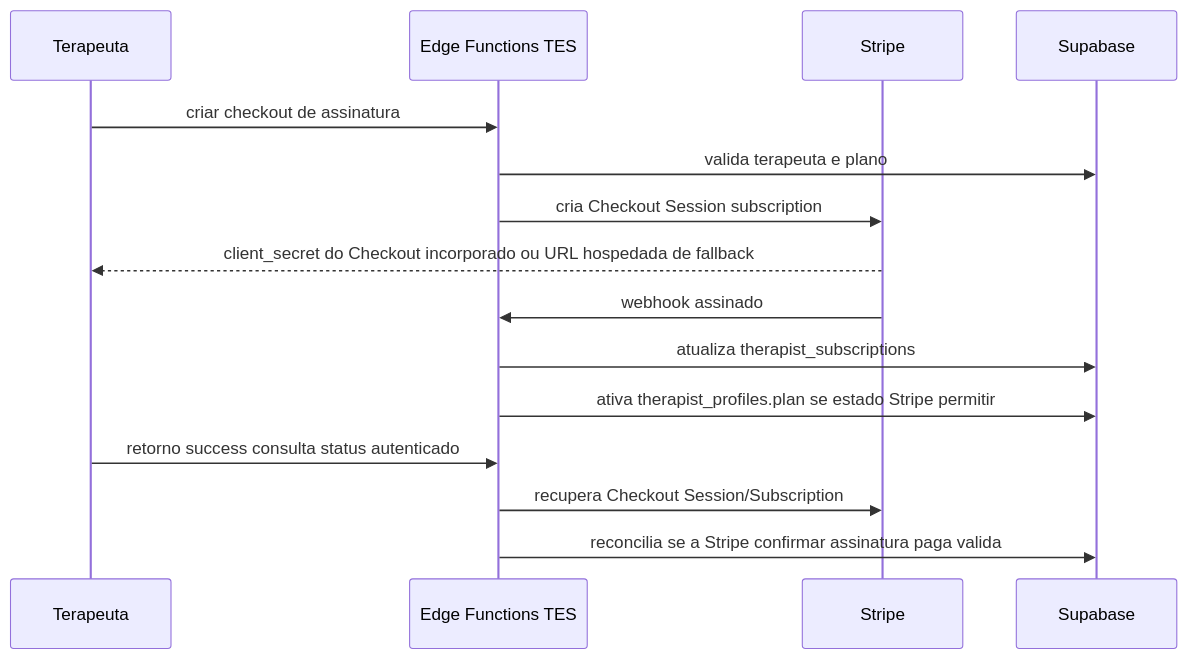
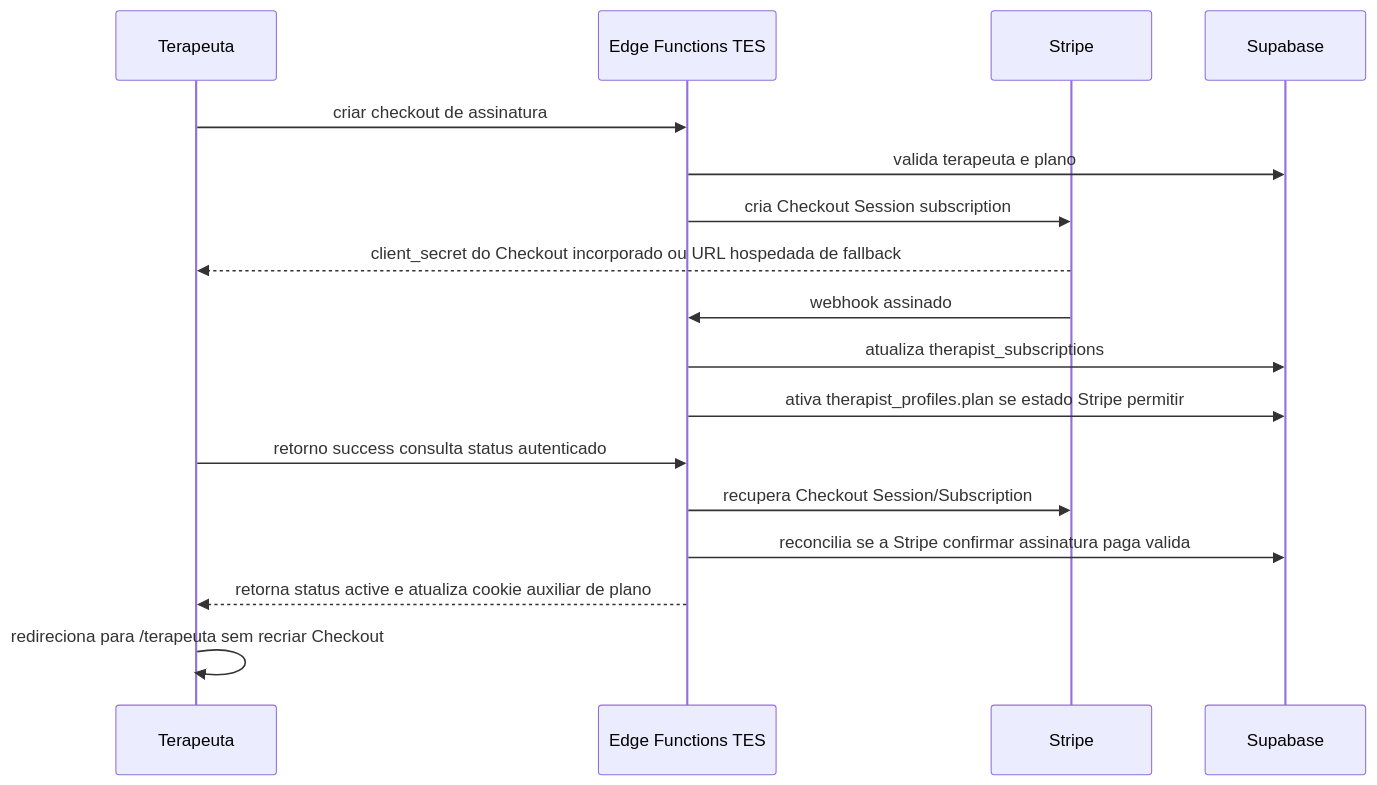
The first of 2 diagrams in docs/payments/architecture.md (projetos-eba/terapeuta-eu-sou), drawn with Mermaid before and after one commit. The commit also changed 5 other files, not shown here.

````diff
--- a/docs/payments/architecture.md
+++ b/docs/payments/architecture.md
@@ -119,18 +119,20 @@
 ```mermaid
 sequenceDiagram
   participant T as Terapeuta
   participant TES as Edge Functions TES
   participant S as Stripe
   participant DB as Supabase
 
   T->>TES: criar checkout de assinatura
   TES->>DB: valida terapeuta e plano
   TES->>S: cria Checkout Session subscription
   S-->>T: client_secret do Checkout incorporado ou URL hospedada de fallback
   S->>TES: webhook assinado
   TES->>DB: atualiza therapist_subscriptions
   TES->>DB: ativa therapist_profiles.plan se estado Stripe permitir
   T->>TES: retorno success consulta status autenticado
   TES->>S: recupera Checkout Session/Subscription
   TES->>DB: reconcilia se a Stripe confirmar assinatura paga valida
+  TES-->>T: retorna status active e atualiza cookie auxiliar de plano
+  T->>T: redireciona para /terapeuta sem recriar Checkout
 ```
````
